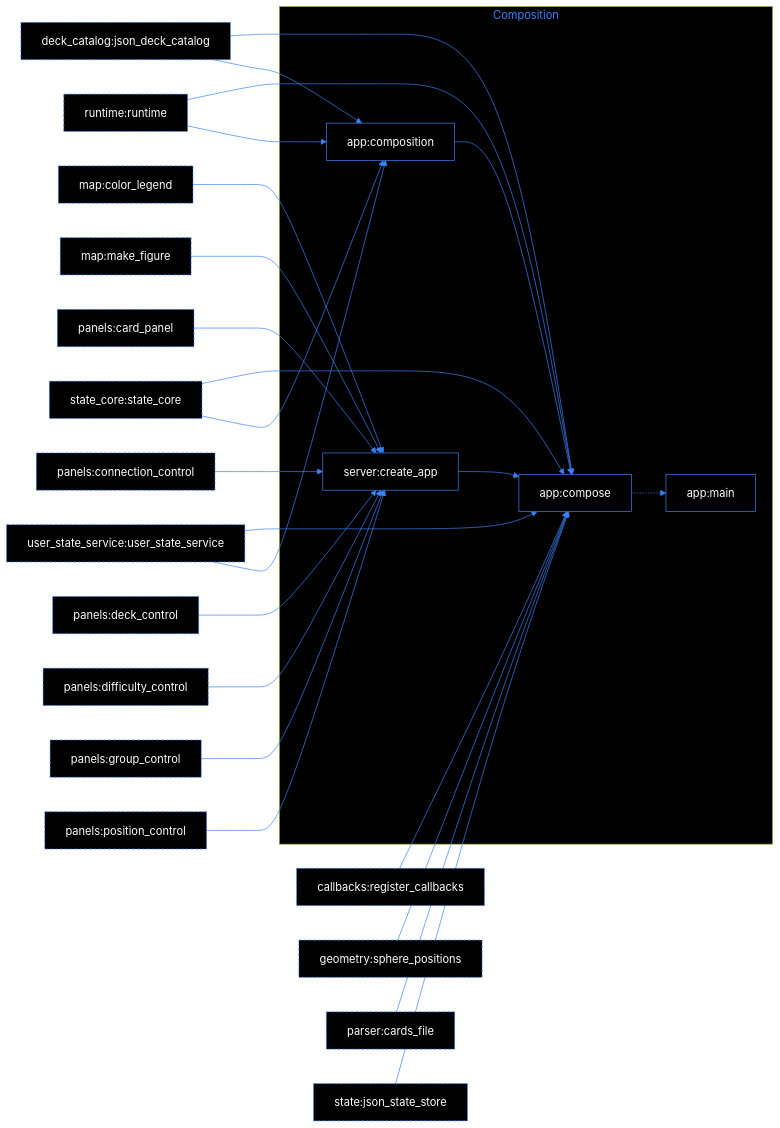
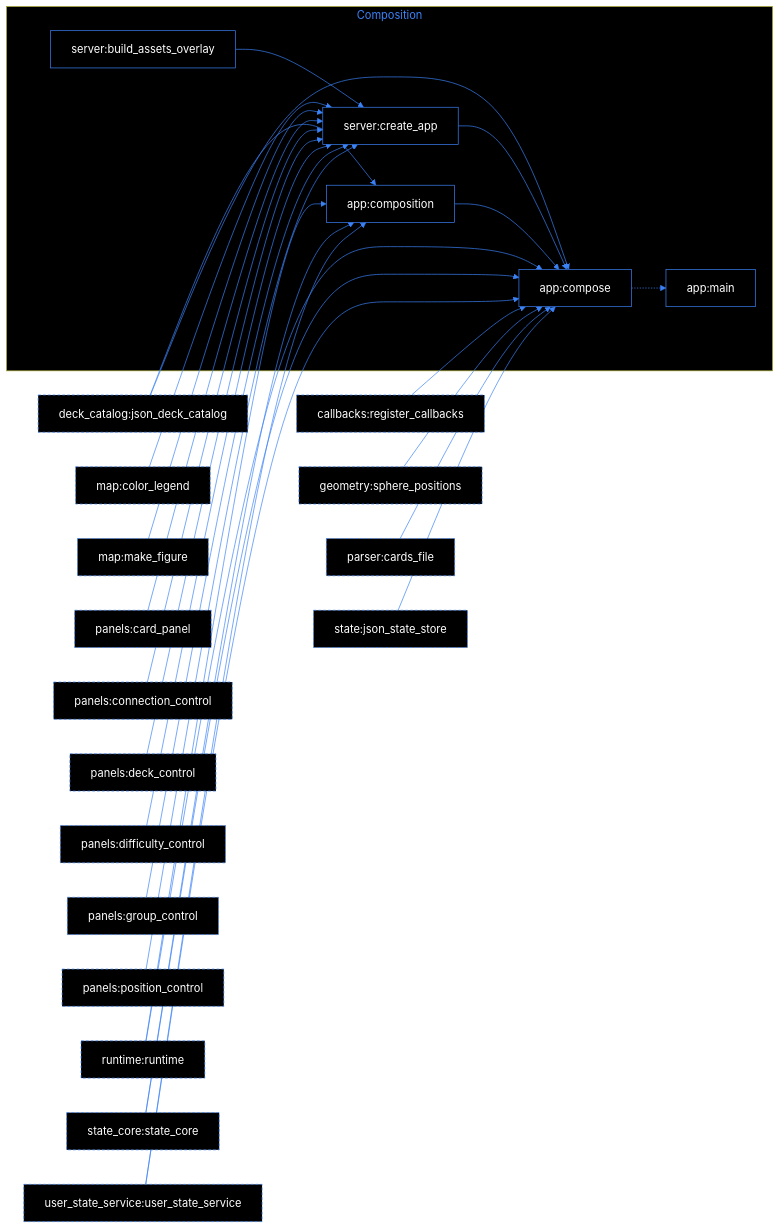
The tenth of 10 diagrams in INDEX.md (ArtjomAdamow/Fennelkernel-flashcards), drawn with Mermaid before and after one commit. The commit also changed other lines of this file and 40 other files, not shown here.

````diff
--- a/INDEX.md
+++ b/INDEX.md
@@ -997,55 +1027,57 @@
 ```mermaid
 graph LR
     %% arrow A --> B: B uses A; dashed = component of another section
     %% dashed arrow A -.-> B: transitive relation (data flow through module-level variables)
     classDef ext stroke: #3b82f6,stroke-dasharray: 4 3
     linkStyle default stroke: #3b82f6, color: #3b82f6
     classDef default fill: #000000ff, stroke: #3b82f6, color: #ffffffff
 
     subgraph sg_section_8["Composition"]
         n_app_main["app:main"]
         n_app_composition["app:composition"]
         n_app_compose["app:compose"]
         n_server_create_app["server:create_app"]
+        n_server_build_assets_overlay["server:build_assets_overlay"]
     end
     style sg_section_8 color: #3b82f6, fill: #000000ff
     n_callbacks_register_callbacks["callbacks:register_callbacks"]:::ext
     n_deck_catalog_json_deck_catalog["deck_catalog:json_deck_catalog"]:::ext
     n_geometry_sphere_positions["geometry:sphere_positions"]:::ext
     n_map_color_legend["map:color_legend"]:::ext
     n_map_make_figure["map:make_figure"]:::ext
     n_panels_card_panel["panels:card_panel"]:::ext
     n_panels_connection_control["panels:connection_control"]:::ext
     n_panels_deck_control["panels:deck_control"]:::ext
     n_panels_difficulty_control["panels:difficulty_control"]:::ext
     n_panels_group_control["panels:group_control"]:::ext
     n_panels_position_control["panels:position_control"]:::ext
     n_parser_cards_file["parser:cards_file"]:::ext
     n_runtime_runtime["runtime:runtime"]:::ext
     n_state_json_state_store["state:json_state_store"]:::ext
     n_state_core_state_core["state_core:state_core"]:::ext
     n_user_state_service_user_state_service["user_state_service:user_state_service"]:::ext
     n_app_composition --> n_app_compose
     n_callbacks_register_callbacks --> n_app_compose
     n_deck_catalog_json_deck_catalog --> n_app_compose
     n_deck_catalog_json_deck_catalog --> n_app_composition
     n_geometry_sphere_positions --> n_app_compose
     n_map_color_legend --> n_server_create_app
     n_map_make_figure --> n_server_create_app
     n_panels_card_panel --> n_server_create_app
     n_panels_connection_control --> n_server_create_app
     n_panels_deck_control --> n_server_create_app
     n_panels_difficulty_control --> n_server_create_app
     n_panels_group_control --> n_server_create_app
     n_panels_position_control --> n_server_create_app
     n_parser_cards_file --> n_app_compose
     n_runtime_runtime --> n_app_compose
     n_runtime_runtime --> n_app_composition
+    n_server_build_assets_overlay --> n_server_create_app
     n_server_create_app --> n_app_compose
     n_state_json_state_store --> n_app_compose
     n_state_core_state_core --> n_app_compose
     n_state_core_state_core --> n_app_composition
     n_user_state_service_user_state_service --> n_app_compose
     n_user_state_service_user_state_service --> n_app_composition
     n_app_compose -.-> n_app_main
 ```
````
